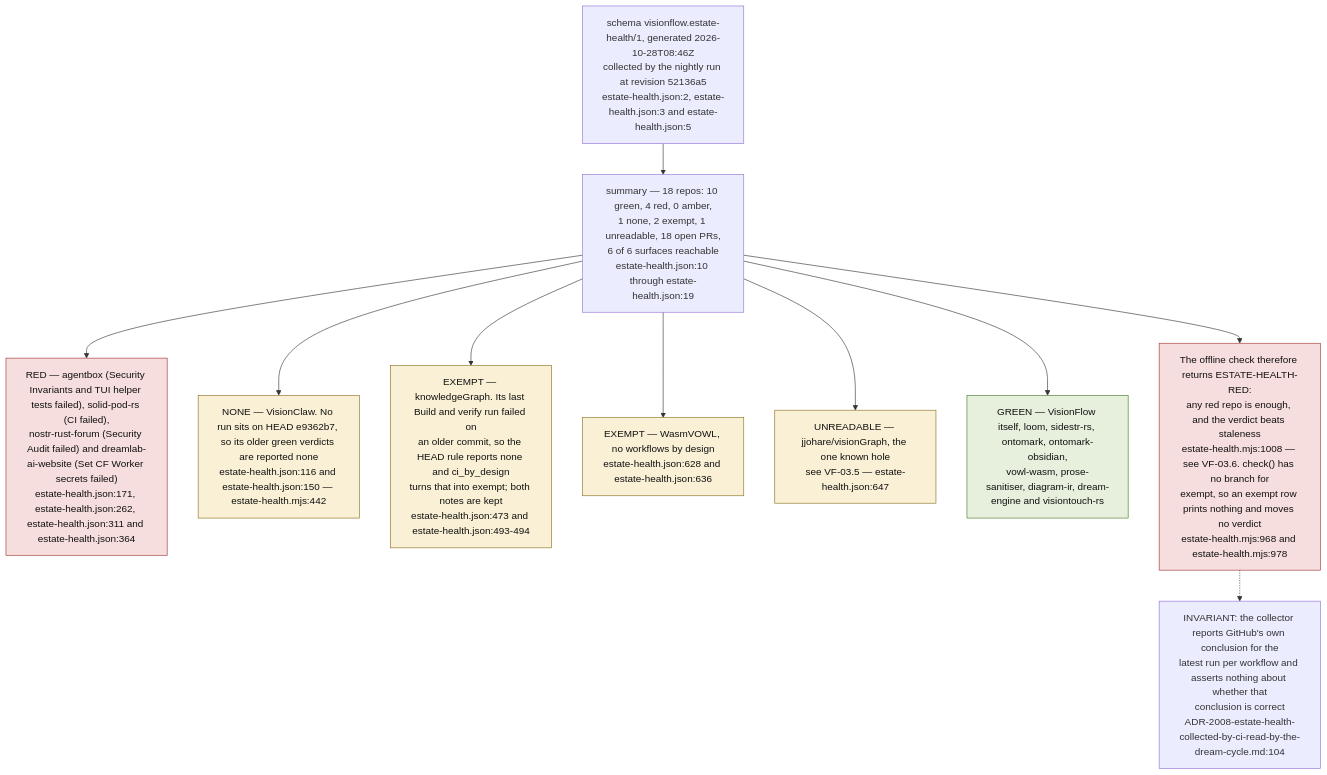
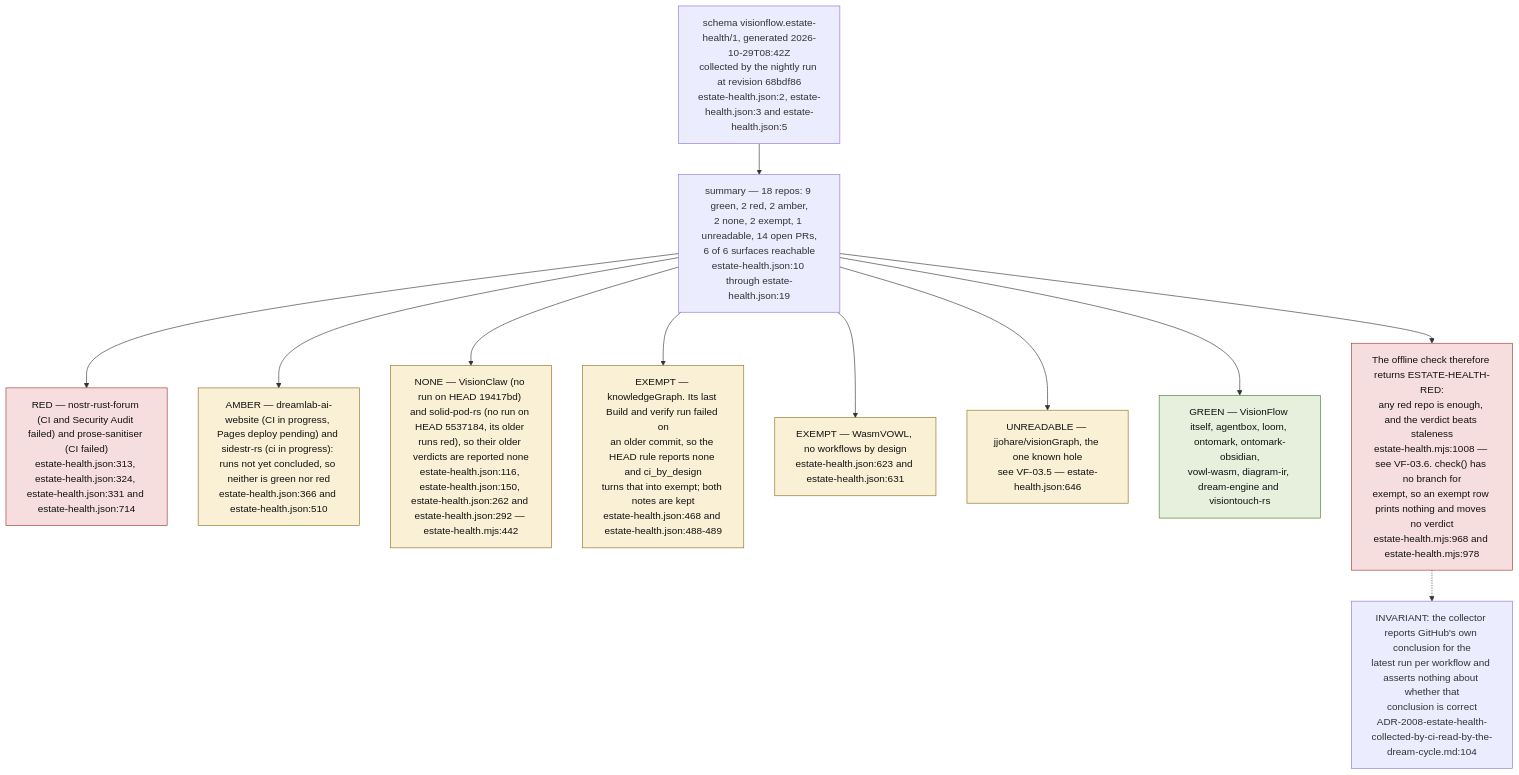
The ninth of 9 diagrams in docs/diagrams/visionflow/03-estate-health.md (DreamLab-AI/VisionFlow), drawn with Mermaid before and after one commit. The commit also changed other lines of this file and 145 other files, not shown here.

````diff
--- a/docs/diagrams/visionflow/03-estate-health.md
+++ b/docs/diagrams/visionflow/03-estate-health.md
@@ -282,23 +282,24 @@
 ```mermaid
 flowchart TB
     classDef red fill:#f7dede,stroke:#a33333,color:#111
     classDef green fill:#e6f0dc,stroke:#4a7a2a,color:#111
     classDef amb fill:#f9f0d5,stroke:#8a7020,color:#111
 
-    SNAP["schema visionflow.estate-health/1, generated 2026-10-28T08:46Z<br/>collected by the nightly run at revision 52136a5<br/>estate-health.json:2, estate-health.json:3 and estate-health.json:5"]
+    SNAP["schema visionflow.estate-health/1, generated 2026-10-29T08:42Z<br/>collected by the nightly run at revision 68bdf86<br/>estate-health.json:2, estate-health.json:3 and estate-health.json:5"]
 
-    SNAP --> SUM["summary — 18 repos: 10 green, 4 red, 0 amber,<br/>1 none, 2 exempt, 1 unreadable, 18 open PRs,<br/>6 of 6 surfaces reachable<br/>estate-health.json:10 through estate-health.json:19"]
+    SNAP --> SUM["summary — 18 repos: 9 green, 2 red, 2 amber,<br/>2 none, 2 exempt, 1 unreadable, 14 open PRs,<br/>6 of 6 surfaces reachable<br/>estate-health.json:10 through estate-health.json:19"]
 
-    SUM --> R4["RED — agentbox (Security Invariants and TUI helper tests failed), solid-pod-rs (CI failed),<br/>nostr-rust-forum (Security Audit failed) and dreamlab-ai-website (Set CF Worker secrets failed)<br/>estate-health.json:171, estate-health.json:262, estate-health.json:311 and estate-health.json:364"]:::red
-    SUM --> N1["NONE — VisionClaw. No run sits on HEAD e9362b7, so its older green verdicts are reported none<br/>estate-health.json:116 and estate-health.json:150 — estate-health.mjs:442"]:::amb
-    SUM --> E1["EXEMPT — knowledgeGraph. Its last Build and verify run failed on<br/>an older commit, so the HEAD rule reports none and ci_by_design<br/>turns that into exempt; both notes are kept<br/>estate-health.json:473 and estate-health.json:493-494"]:::amb
-    SUM --> E2["EXEMPT — WasmVOWL, no workflows by design<br/>estate-health.json:628 and estate-health.json:636"]:::amb
-    SUM --> U1["UNREADABLE — jjohare/visionGraph, the one known hole<br/>see VF-03.5 — estate-health.json:647"]:::amb
-    SUM --> G1["GREEN — VisionFlow itself, loom, sidestr-rs, ontomark, ontomark-obsidian,<br/>vowl-wasm, prose-sanitiser, diagram-ir, dream-engine and visiontouch-rs"]:::green
+    SUM --> R4["RED — nostr-rust-forum (CI and Security Audit failed) and prose-sanitiser (CI failed)<br/>estate-health.json:313, estate-health.json:324, estate-health.json:331 and estate-health.json:714"]:::red
+    SUM --> A1["AMBER — dreamlab-ai-website (CI in progress, Pages deploy pending) and sidestr-rs (ci in progress): runs not yet concluded, so neither is green nor red<br/>estate-health.json:366 and estate-health.json:510"]:::amb
+    SUM --> N1["NONE — VisionClaw (no run on HEAD 19417bd) and solid-pod-rs (no run on HEAD 5537184, its older runs red), so their older verdicts are reported none<br/>estate-health.json:116, estate-health.json:150, estate-health.json:262 and estate-health.json:292 — estate-health.mjs:442"]:::amb
+    SUM --> E1["EXEMPT — knowledgeGraph. Its last Build and verify run failed on<br/>an older commit, so the HEAD rule reports none and ci_by_design<br/>turns that into exempt; both notes are kept<br/>estate-health.json:468 and estate-health.json:488-489"]:::amb
+    SUM --> E2["EXEMPT — WasmVOWL, no workflows by design<br/>estate-health.json:623 and estate-health.json:631"]:::amb
+    SUM --> U1["UNREADABLE — jjohare/visionGraph, the one known hole<br/>see VF-03.5 — estate-health.json:646"]:::amb
+    SUM --> G1["GREEN — VisionFlow itself, agentbox, loom, ontomark, ontomark-obsidian,<br/>vowl-wasm, diagram-ir, dream-engine and visiontouch-rs"]:::green
 
     VERD["The offline check therefore returns ESTATE-HEALTH-RED:<br/>any red repo is enough, and the verdict beats staleness<br/>estate-health.mjs:1008 — see VF-03.6. check() has no branch for<br/>exempt, so an exempt row prints nothing and moves no verdict<br/>estate-health.mjs:968 and estate-health.mjs:978"]:::red
     SUM --> VERD
 
     INV["INVARIANT: the collector reports GitHub's own conclusion for the<br/>latest run per workflow and asserts nothing about whether that<br/>conclusion is correct<br/>ADR-2008-estate-health-collected-by-ci-read-by-the-dream-cycle.md:104"]
     VERD -.-> INV
 ```
````
